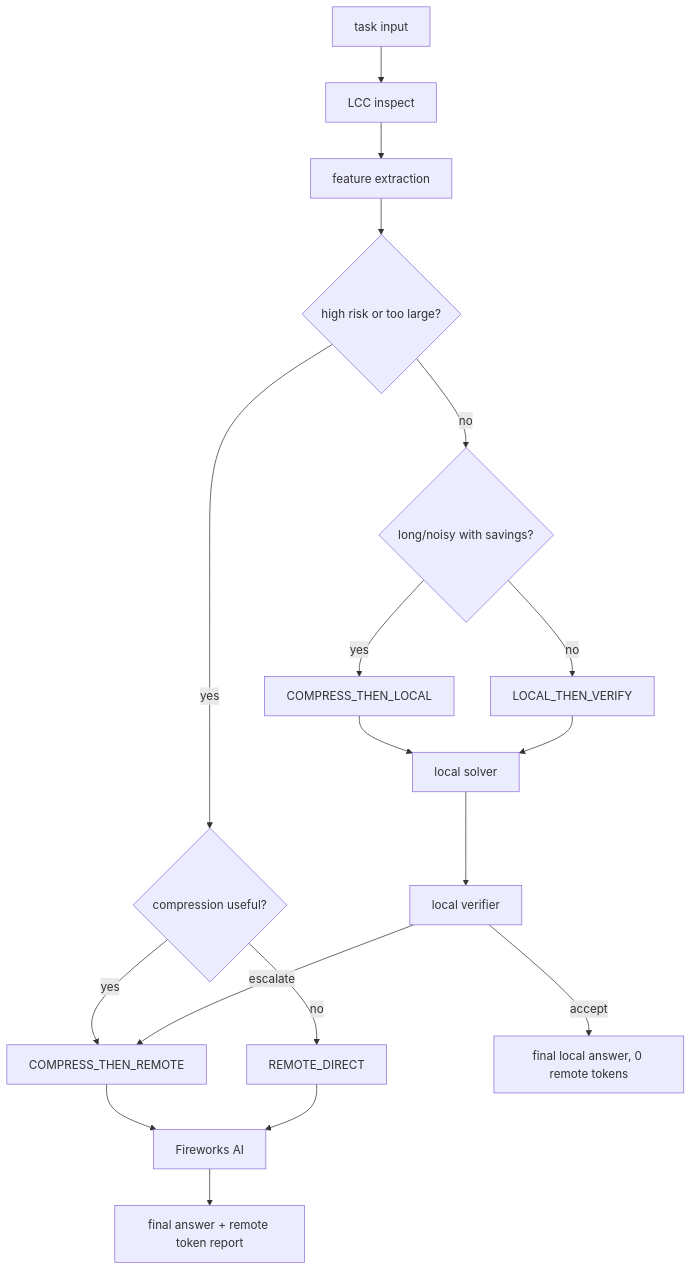
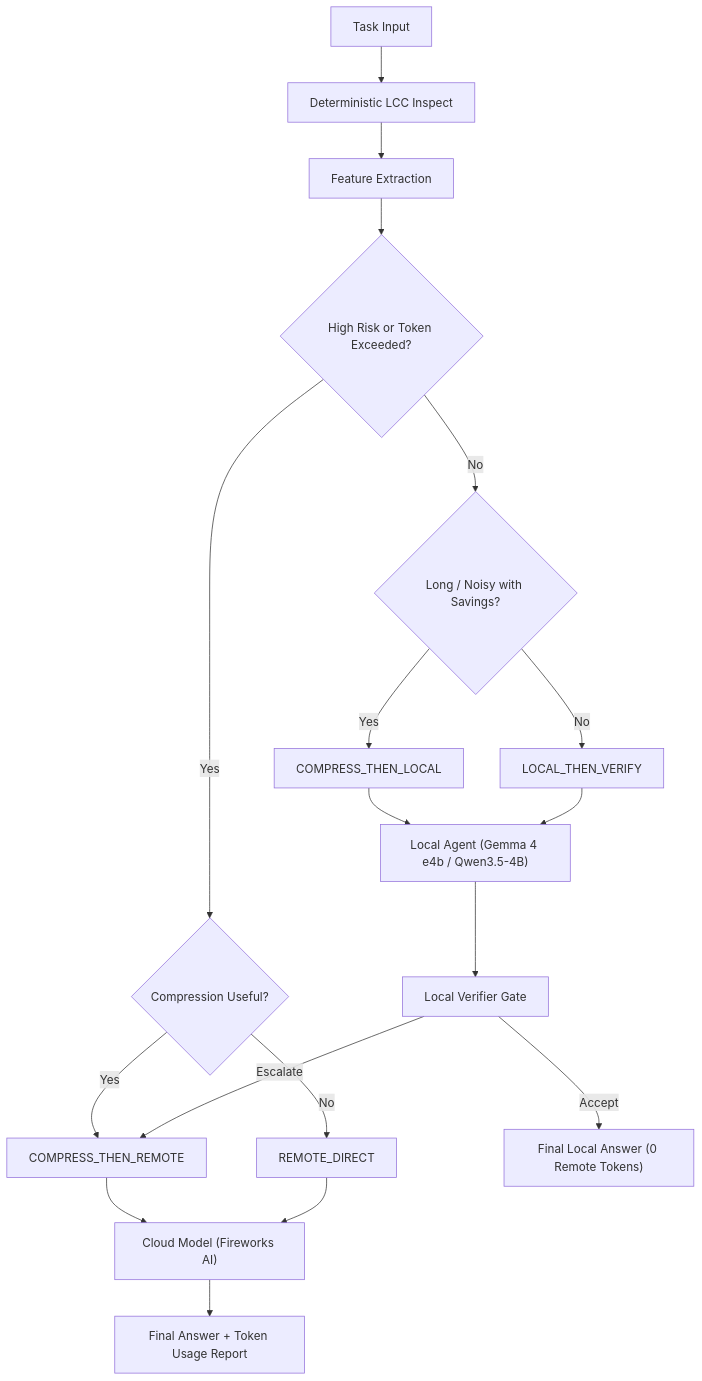
One commit to lucasmartins-ai/lcc changed the fourth of 6 diagrams in docs/architecture.md. Above: the diagram before and after it, drawn with Mermaid. The commit also changed other lines of this file and 57 other files, not shown here.

Commit message:
feat: integrate Gemma 4 e4b & Qwen3.5-4B local agents, unify 3 architecture pillars, and polish repository for GitHub

````diff
--- a/docs/architecture.md
+++ b/docs/architecture.md
@@ -76,20 +93,20 @@
 ```mermaid
 flowchart TD
-  A["task input"] --> B["LCC inspect"]
-  B --> C["feature extraction"]
-  C --> D{"high risk or too large?"}
-  D -- yes --> E{"compression useful?"}
-  E -- yes --> F["COMPRESS_THEN_REMOTE"]
-  E -- no --> G["REMOTE_DIRECT"]
-  D -- no --> H{"long/noisy with savings?"}
-  H -- yes --> I["COMPRESS_THEN_LOCAL"]
-  H -- no --> J["LOCAL_THEN_VERIFY"]
-  I --> K["local solver"]
+  A["Task Input"] --> B["Deterministic LCC Inspect"]
+  B --> C["Feature Extraction"]
+  C --> D{"High Risk or Token Exceeded?"}
+  D -- Yes --> E{"Compression Useful?"}
+  E -- Yes --> F["COMPRESS_THEN_REMOTE"]
+  E -- No --> G["REMOTE_DIRECT"]
+  D -- No --> H{"Long / Noisy with Savings?"}
+  H -- Yes --> I["COMPRESS_THEN_LOCAL"]
+  H -- No --> J["LOCAL_THEN_VERIFY"]
+  I --> K["Local Agent (Gemma 4 e4b / Qwen3.5-4B)"]
   J --> K
-  K --> L["local verifier"]
-  L -- accept --> M["final local answer, 0 remote tokens"]
-  L -- escalate --> F
-  F --> N["Fireworks AI"]
+  K --> L["Local Verifier Gate"]
+  L -- Accept --> M["Final Local Answer (0 Remote Tokens)"]
+  L -- Escalate --> F
+  F --> N["Cloud Model (Fireworks AI)"]
   G --> N
-  N --> O["final answer + remote token report"]
+  N --> O["Final Answer + Token Usage Report"]
 ```
````
